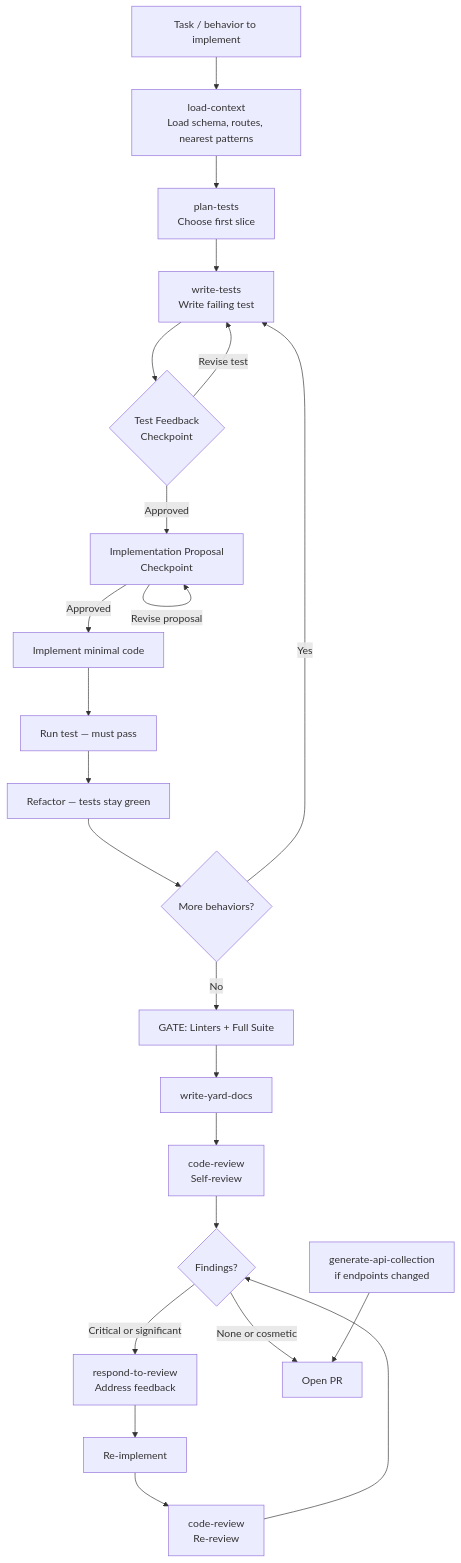
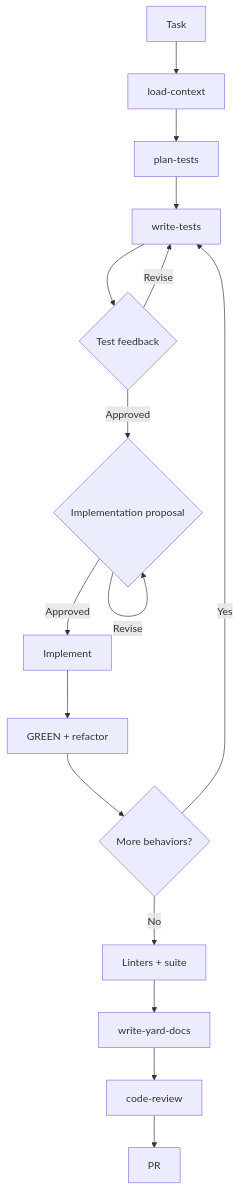
The first of 6 diagrams in docs/persona-guide.md (igmarin/rails-agent-skills), drawn with Mermaid before and after one commit. The commit also changed other lines of this file and 49 other files, not shown here.

````diff
--- a/docs/persona-guide.md
+++ b/docs/persona-guide.md
@@ -149,25 +21,18 @@
 ```mermaid
 flowchart TD
-    A[Task / behavior to implement] --> CE[load-context\nLoad schema, routes, nearest patterns]
-    CE --> B[plan-tests\nChoose first slice]
-    B --> C[write-tests\nWrite failing test]
-    C --> D{Test Feedback\nCheckpoint}
-    D -->|Approved| E[Implementation Proposal\nCheckpoint]
-    D -->|Revise test| C
-    E -->|Approved| F[Implement minimal code]
-    E -->|Revise proposal| E
-    F --> G[Run test — must pass]
-    G --> H[Refactor — tests stay green]
+    A[Task] --> B[load-context]
+    B --> C[plan-tests]
+    C --> D[write-tests]
+    D --> E{Test feedback}
+    E -->|Revise| D
+    E -->|Approved| F{Implementation proposal}
+    F -->|Revise| F
+    F -->|Approved| G[Implement]
+    G --> H[GREEN + refactor]
     H --> I{More behaviors?}
-    I -->|Yes| C
-    I -->|No| J["GATE: Linters + Full Suite"]
+    I -->|Yes| D
+    I -->|No| J[Linters + suite]
     J --> K[write-yard-docs]
-    K --> L[code-review\nSelf-review]
-    L --> M{Findings?}
-    M -->|Critical or significant| N[respond-to-review\nAddress feedback]
-    N --> O[Re-implement]
-    O --> P[code-review\nRe-review]
-    P --> M
-    M -->|None or cosmetic| Q[Open PR]
-    K2[generate-api-collection\nif endpoints changed] --> Q
+    K --> L[code-review]
+    L --> M[PR]
 ```
````
